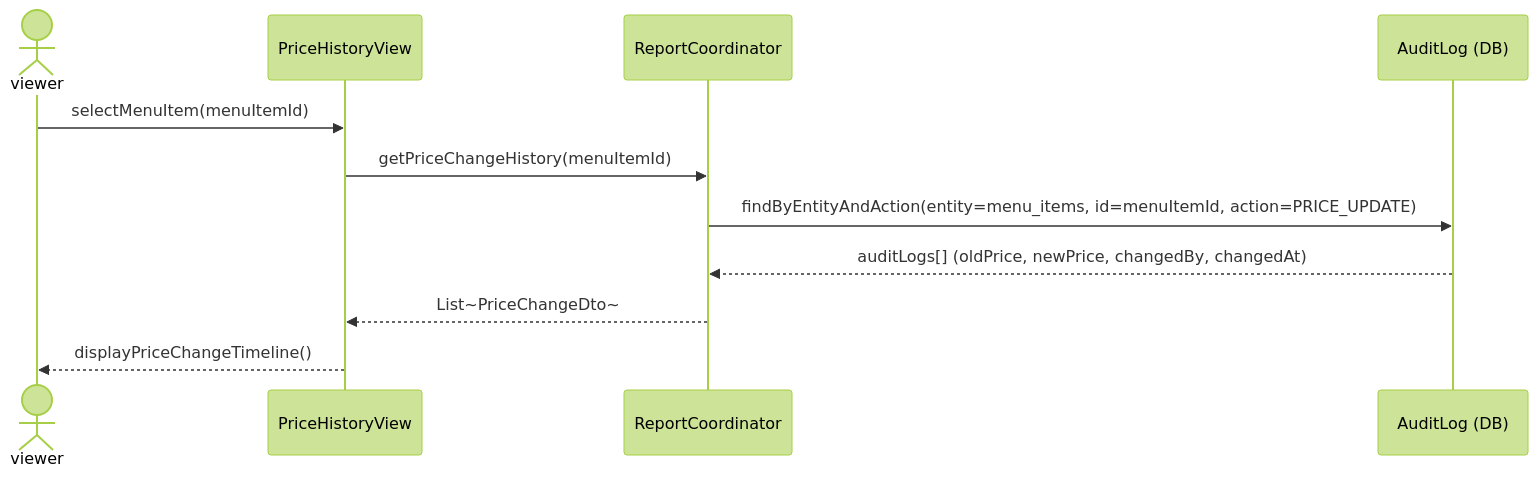
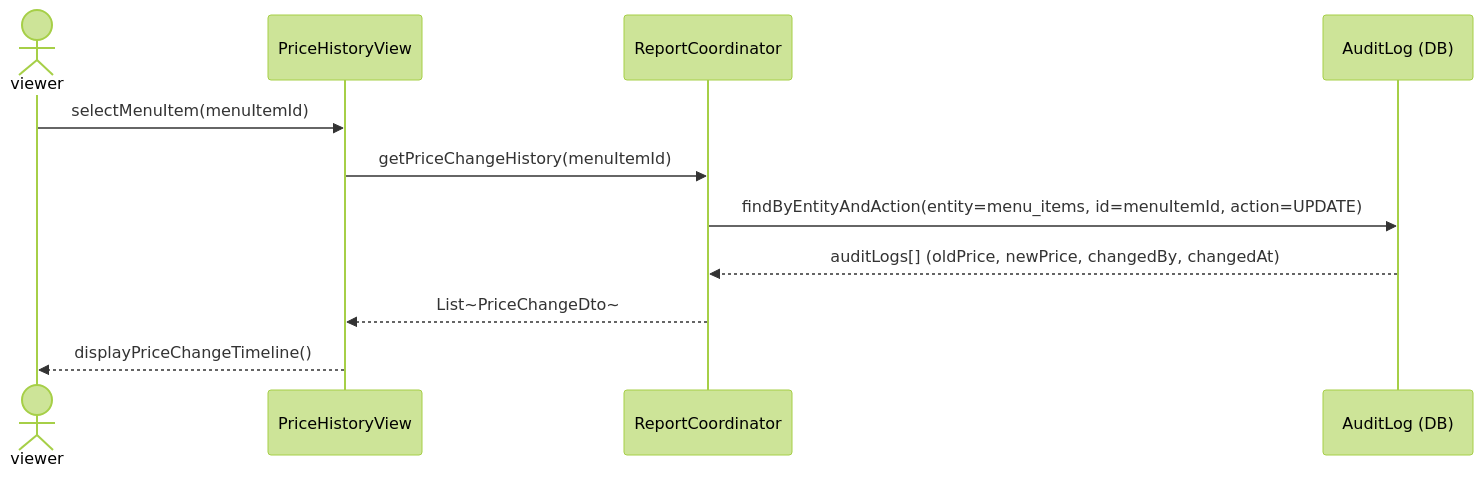
The fifth of 5 diagrams in rds_sections/13_detailed_3_10_reports.md (Shaichi/Khoga_coffe_shop), drawn with Mermaid (forest theme) before and after one commit. The commit also changed other lines of this file and 15 other files, not shown here.

````diff
--- a/rds_sections/13_detailed_3_10_reports.md
+++ b/rds_sections/13_detailed_3_10_reports.md
@@ -211,14 +211,14 @@
 ```mermaid
 sequenceDiagram
     actor viewer
     participant PriceHistView as PriceHistoryView
     participant ReportCoord as ReportCoordinator
     participant AuditDB as AuditLog (DB)
 
     viewer->>PriceHistView: selectMenuItem(menuItemId)
     PriceHistView->>ReportCoord: getPriceChangeHistory(menuItemId)
-    ReportCoord->>AuditDB: findByEntityAndAction(entity=menu_items, id=menuItemId, action=PRICE_UPDATE)
+    ReportCoord->>AuditDB: findByEntityAndAction(entity=menu_items, id=menuItemId, action=UPDATE)
     AuditDB-->>ReportCoord: auditLogs[] (oldPrice, newPrice, changedBy, changedAt)
     ReportCoord-->>PriceHistView: List~PriceChangeDto~
     PriceHistView-->>viewer: displayPriceChangeTimeline()
 ```
````
